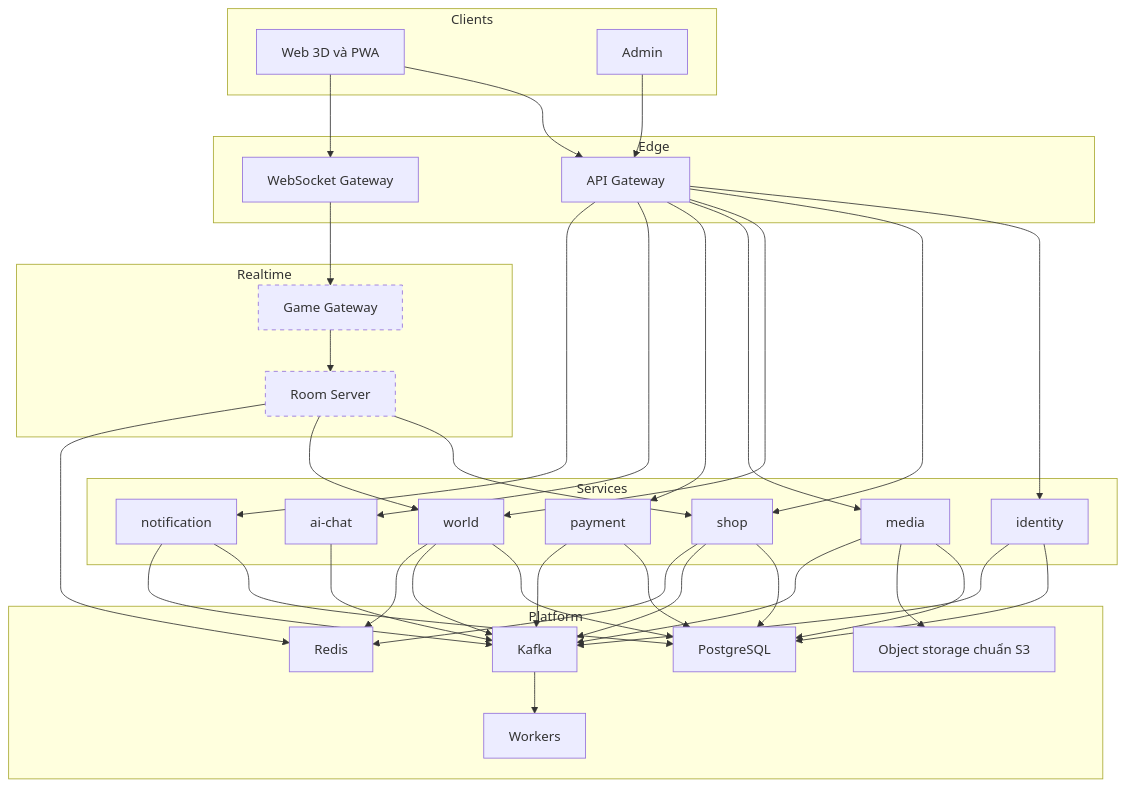
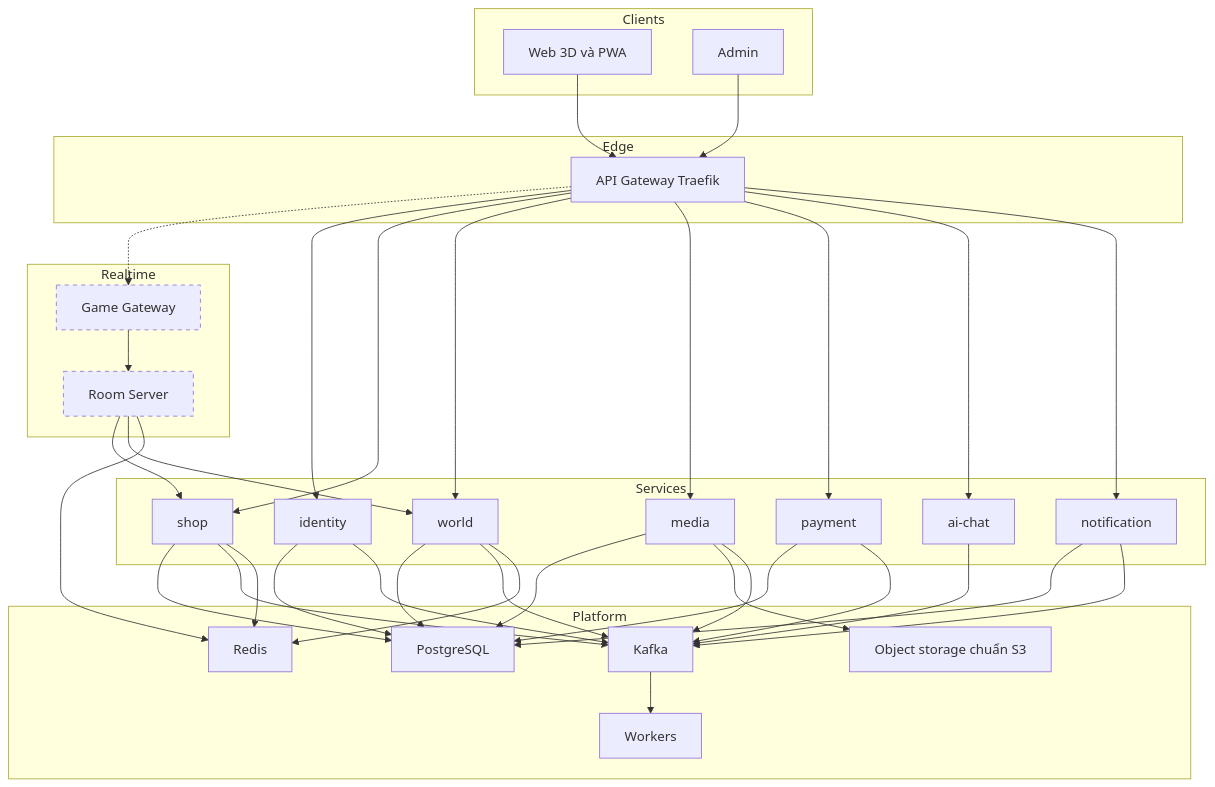
Before and after one commit to netverse3d/netverse3d: the diagram in docs/wiki/engineering/architecture.md, drawn with Mermaid. The commit also changed other lines of this file and 8 other files, not shown here.

````diff
--- a/docs/wiki/engineering/architecture.md
+++ b/docs/wiki/engineering/architecture.md
@@ -5,43 +5,41 @@
 ```mermaid
 flowchart TB
   subgraph Clients
     W[Web 3D và PWA]
     AD[Admin]
   end
   subgraph Edge
-    GW[API Gateway]
-    WS[WebSocket Gateway]
+    GW[API Gateway Traefik]
   end
   subgraph Realtime
     GG[Game Gateway]:::pending
     RS[Room Server]:::pending
   end
   subgraph Services
     ID[identity]
     CO[shop]
     WO[world]
     ME[media]
     PA[payment]
     AI[ai-chat]
     NO[notification]
   end
   subgraph Platform
     K[Kafka]
     R[Redis]
     WK[Workers]
     PG[PostgreSQL]
     S3[Object storage chuẩn S3]
   end
   W --> GW
   AD --> GW
-  W --> WS
-  WS --> GG --> RS
+  GW -.-> GG --> RS
   GW --> ID & CO & WO & ME & PA & AI & NO
   RS --> CO & WO
   ID & CO & WO & ME & PA & NO --> PG
   ME --> S3
   ID & CO & WO & ME & PA & AI & NO --> K
   CO & WO & RS --> R
   K --> WK
   classDef pending stroke-dasharray: 5 5
 ```
````
